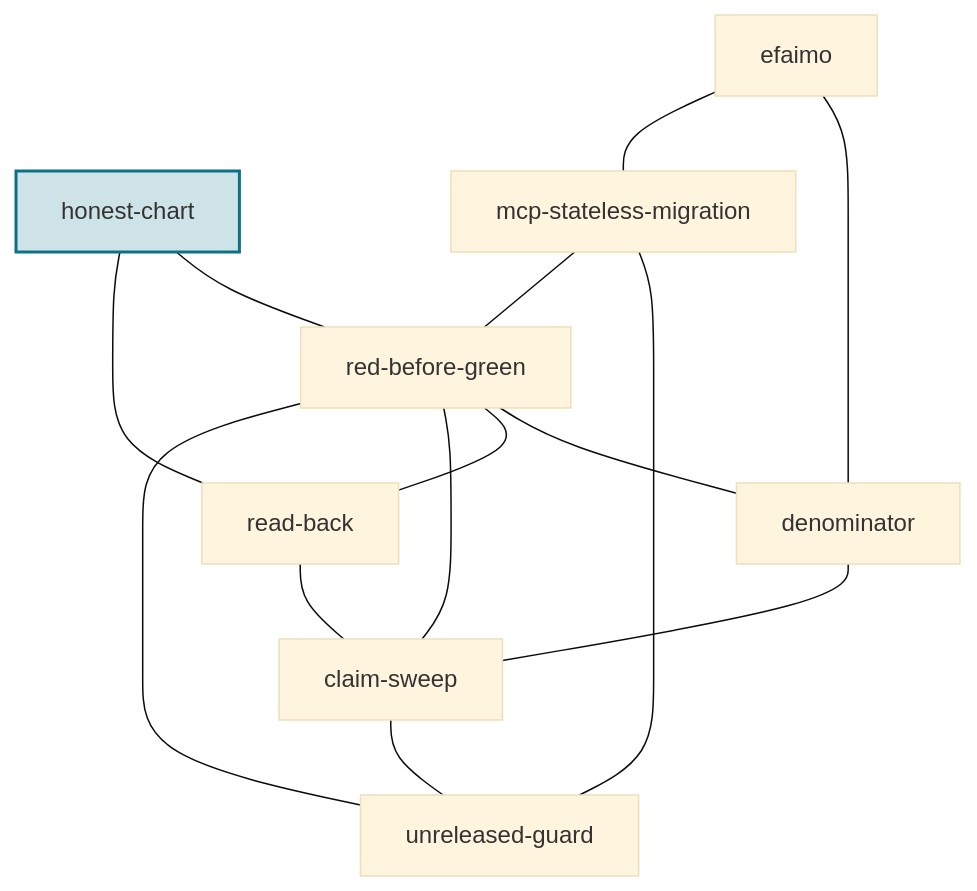
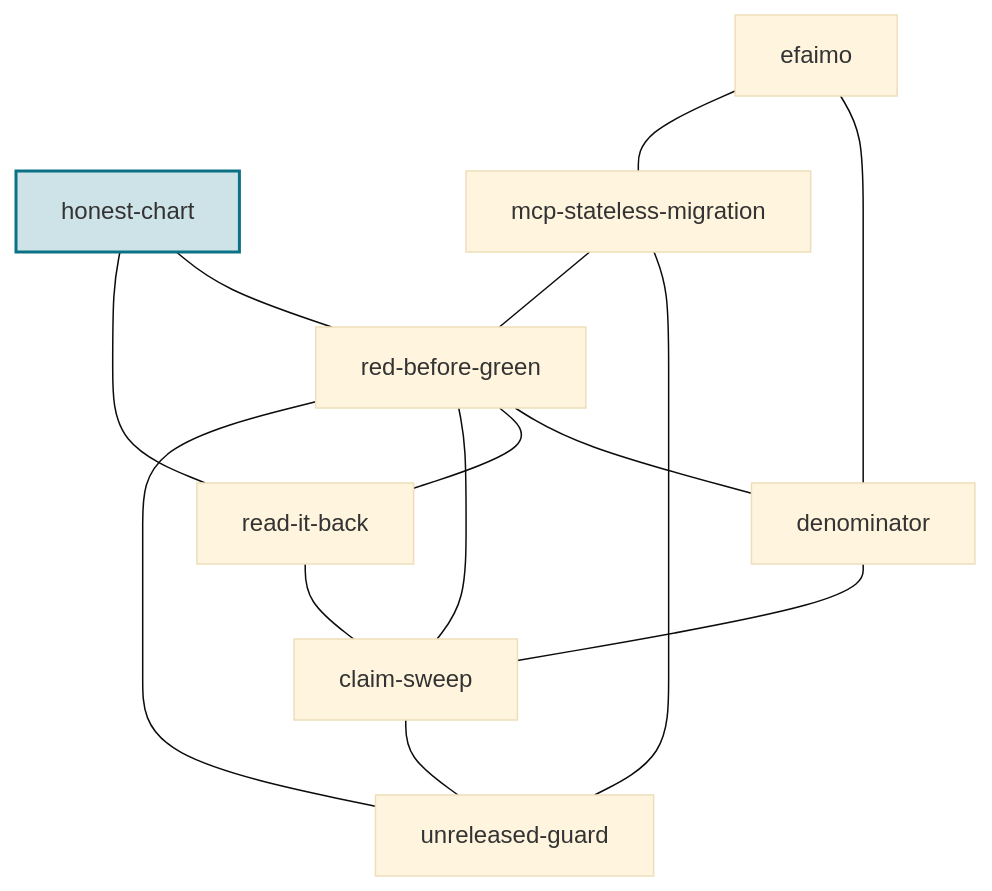
Before and after one commit to efaimo-ai/honest-chart: the third of 3 diagrams in README.md, drawn with Mermaid (base theme). The commit also changed other lines of this file and 1 other file, not shown here.

Commit message:
The set names read-it-back, the new name of read-back
Regenerated from skill-pkg/relations.mjs: the siblings block and the set
table follow the rename, and links keep the repository's current address.

````diff
--- a/README.md
+++ b/README.md
@@ -188,26 +188,26 @@
 ```mermaid
 graph TD
     red_before_green["red-before-green"]
     denominator["denominator"]
-    read_back["read-back"]
+    read_it_back["read-it-back"]
     claim_sweep["claim-sweep"]
     unreleased_guard["unreleased-guard"]
     honest_chart["honest-chart"]
     mcp_stateless_migration["mcp-stateless-migration"]
     efaimo["efaimo"]
     red_before_green --- denominator
-    red_before_green --- read_back
+    red_before_green --- read_it_back
     denominator --- claim_sweep
-    read_back --- claim_sweep
+    read_it_back --- claim_sweep
     claim_sweep --- red_before_green
     claim_sweep --- unreleased_guard
     unreleased_guard --- red_before_green
     honest_chart --- red_before_green
-    honest_chart --- read_back
+    honest_chart --- read_it_back
     mcp_stateless_migration --- unreleased_guard
     mcp_stateless_migration --- red_before_green
     efaimo --- denominator
     efaimo --- mcp_stateless_migration
     classDef self fill:#0b728533,stroke:#0b7285,stroke-width:2px;
     class honest_chart self;
 ```
````
